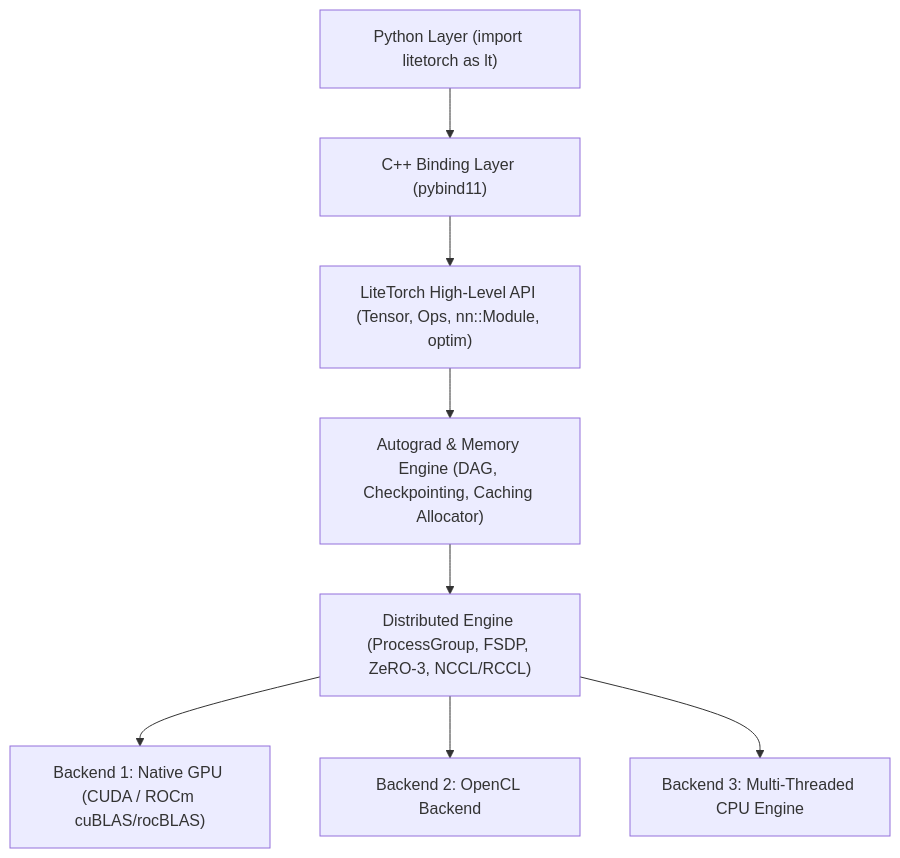
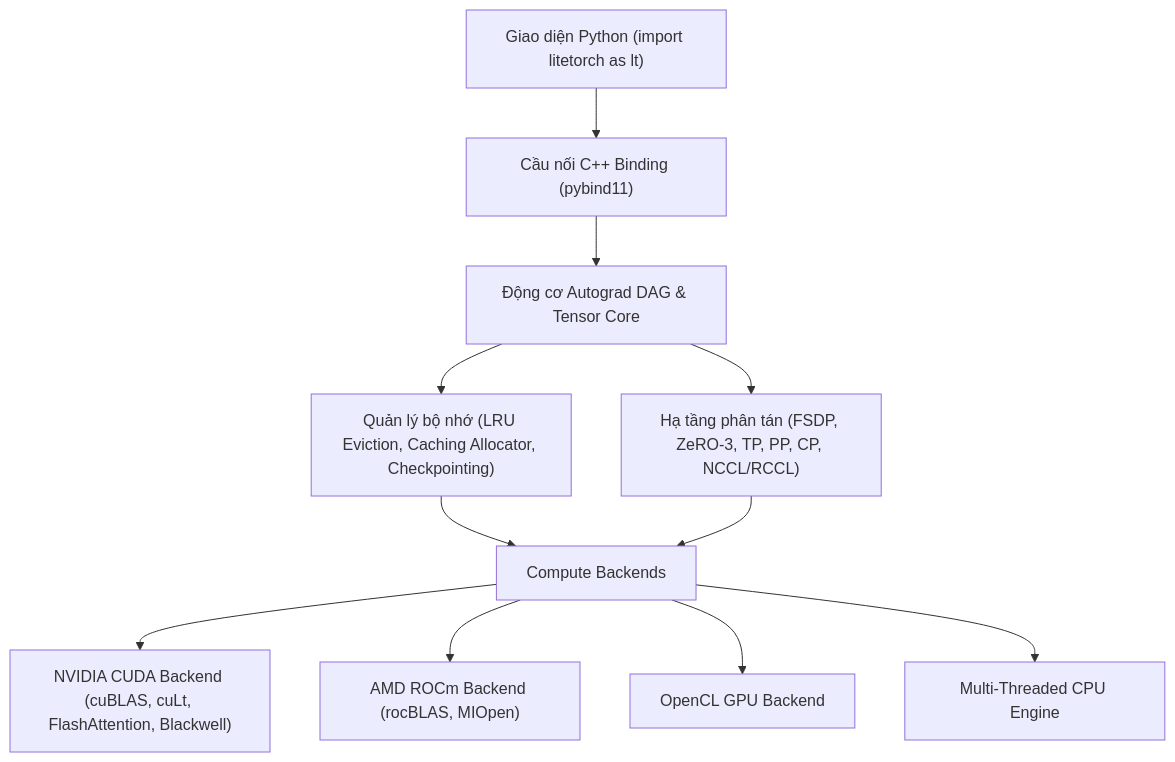
Before and after one commit to nguyenminh20000/Litetorch-: the diagram in README_VIE.md, drawn with Mermaid. The commit also changed other lines of this file and 12 other files, not shown here.

````diff
--- a/README_VIE.md
+++ b/README_VIE.md
@@ -61,10 +135,13 @@
 ```mermaid
 graph TD
-    A["Python Layer (import litetorch as lt)"] --> B["C++ Binding Layer (pybind11)"]
-    B --> C["LiteTorch High-Level API (Tensor, Ops, nn::Module, optim)"]
-    C --> D["Autograd & Memory Engine (DAG, Checkpointing, Caching Allocator)"]
-    D --> E["Distributed Engine (ProcessGroup, FSDP, ZeRO-3, NCCL/RCCL)"]
-    E --> F1["Backend 1: Native GPU (CUDA / ROCm cuBLAS/rocBLAS)"]
-    E --> F2["Backend 2: OpenCL Backend"]
-    E --> F3["Backend 3: Multi-Threaded CPU Engine"]
+    A["Giao diện Python (import litetorch as lt)"] --> B["Cầu nối C++ Binding (pybind11)"]
+    B --> C["Động cơ Autograd DAG & Tensor Core"]
+    C --> D["Quản lý bộ nhớ (LRU Eviction, Caching Allocator, Checkpointing)"]
+    C --> E["Hạ tầng phân tán (FSDP, ZeRO-3, TP, PP, CP, NCCL/RCCL)"]
+    D --> F["Compute Backends"]
+    E --> F
+    F --> G1["NVIDIA CUDA Backend (cuBLAS, cuLt, FlashAttention, Blackwell)"]
+    F --> G2["AMD ROCm Backend (rocBLAS, MIOpen)"]
+    F --> G3["OpenCL GPU Backend"]
+    F --> G4["Multi-Threaded CPU Engine"]
 ```
````
